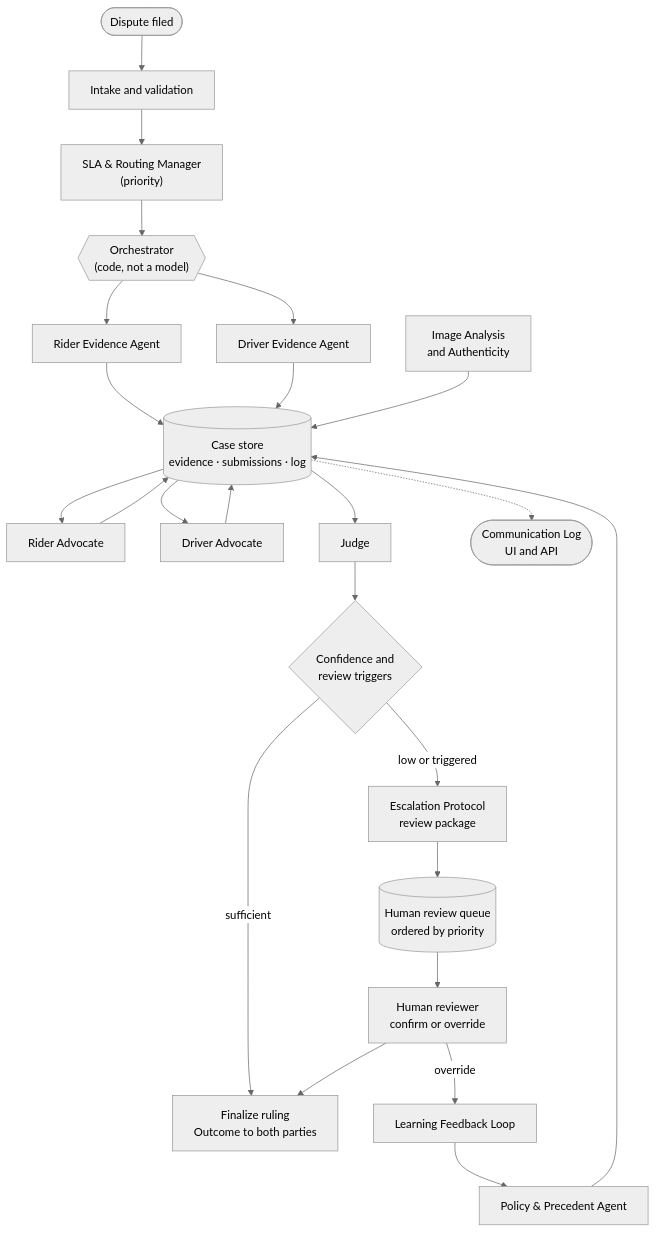
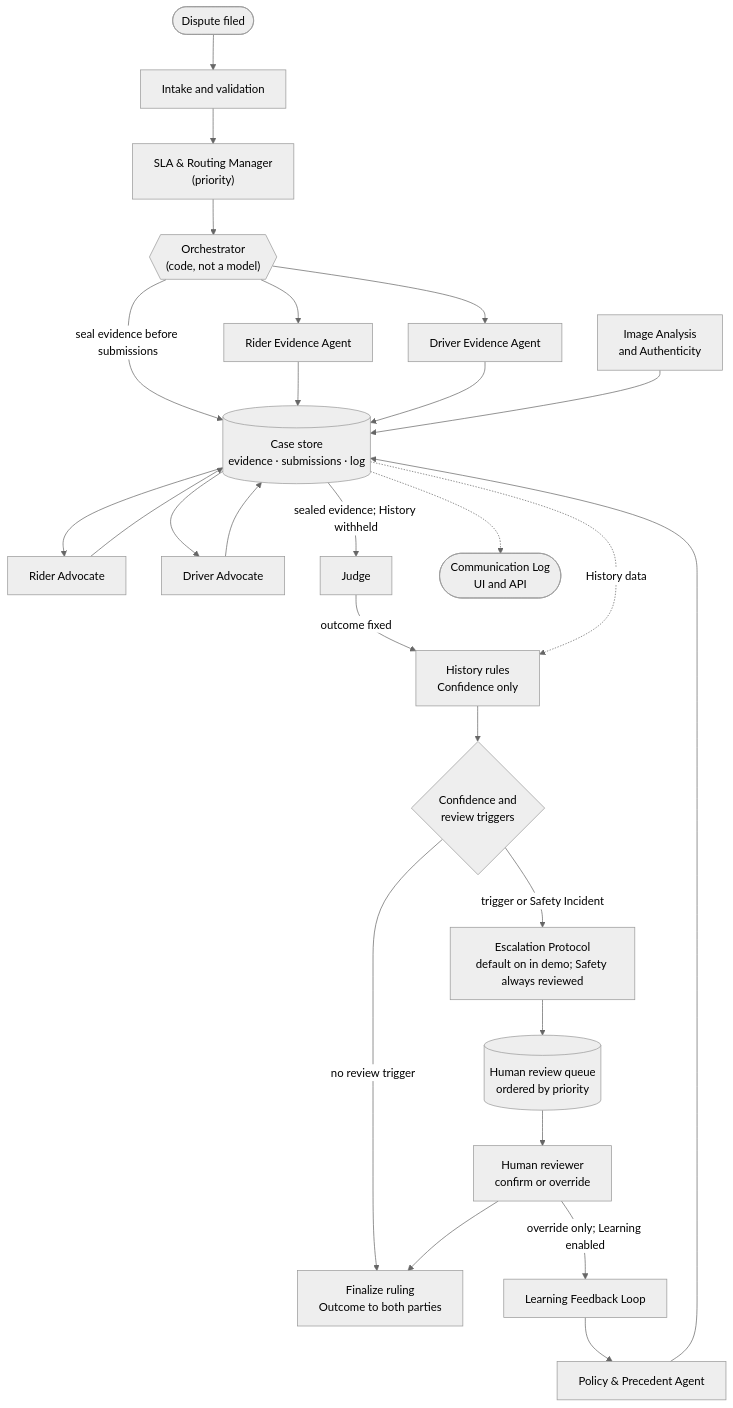
One commit to Bread04/Tencent-AI-Cloud-Hackathon changed the first of 3 diagrams in docs/architecture.md. Above: the diagram before and after it, drawn with Mermaid (neutral theme). The commit also changed other lines of this file and 84 other files, not shown here.

````diff
--- a/docs/architecture.md
+++ b/docs/architecture.md
@@ -25,30 +27,33 @@
 ```mermaid
 flowchart TB
     FILE(["Dispute filed"]) --> INTAKE["Intake and validation"]
     INTAKE --> SLA["SLA & Routing Manager<br/>(priority)"]
     SLA --> ORCH{{"Orchestrator<br/>(code, not a model)"}}
 
     ORCH --> REV["Rider Evidence Agent"]
     ORCH --> DEV["Driver Evidence Agent"]
+    ORCH -->|"seal evidence before submissions"| STORE
     REV --> STORE[("Case store<br/>evidence · submissions · log")]
     DEV --> STORE
     IMG["Image Analysis<br/>and Authenticity"] --> STORE
     POL["Policy & Precedent Agent"] --> STORE
 
     STORE --> RA["Rider Advocate"]
     STORE --> DA["Driver Advocate"]
     RA --> STORE
     DA --> STORE
 
-    STORE --> JUDGE["Judge"]
-    JUDGE --> CHECK{"Confidence and<br/>review triggers"}
-    CHECK -->|"sufficient"| OUT["Finalize ruling<br/>Outcome to both parties"]
-    CHECK -->|"low or triggered"| ESC["Escalation Protocol<br/>review package"]
+    STORE -->|"sealed evidence; History withheld"| JUDGE["Judge"]
+    JUDGE -->|"outcome fixed"| HISTORY["History rules<br/>Confidence only"]
+    STORE -.->|"History data"| HISTORY
+    HISTORY --> CHECK{"Confidence and<br/>review triggers"}
+    CHECK -->|"no review trigger"| OUT["Finalize ruling<br/>Outcome to both parties"]
+    CHECK -->|"trigger or Safety Incident"| ESC["Escalation Protocol<br/>default on in demo; Safety always reviewed"]
     ESC --> QUEUE[("Human review queue<br/>ordered by priority")]
     QUEUE --> HUMAN["Human reviewer<br/>confirm or override"]
     HUMAN --> OUT
-    HUMAN -->|"override"| LEARN["Learning Feedback Loop"]
+    HUMAN -->|"override only; Learning enabled"| LEARN["Learning Feedback Loop"]
     LEARN --> POL
 
     STORE -.-> LOG(["Communication Log<br/>UI and API"])
 ```
````
